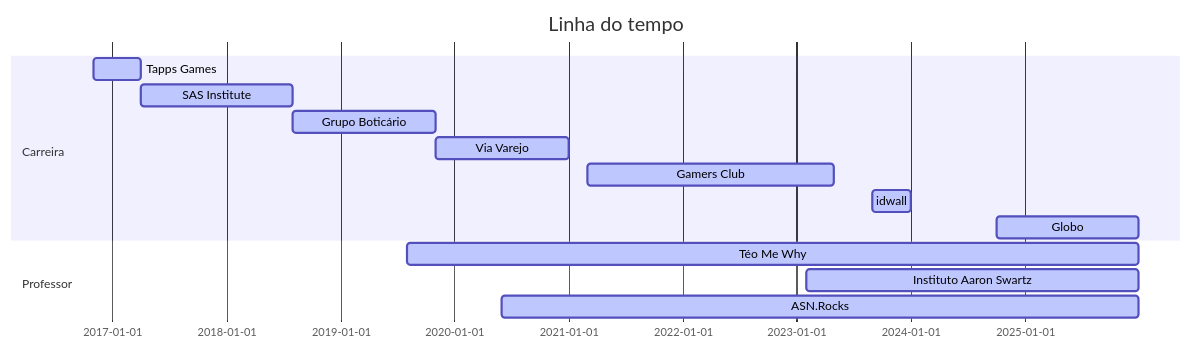
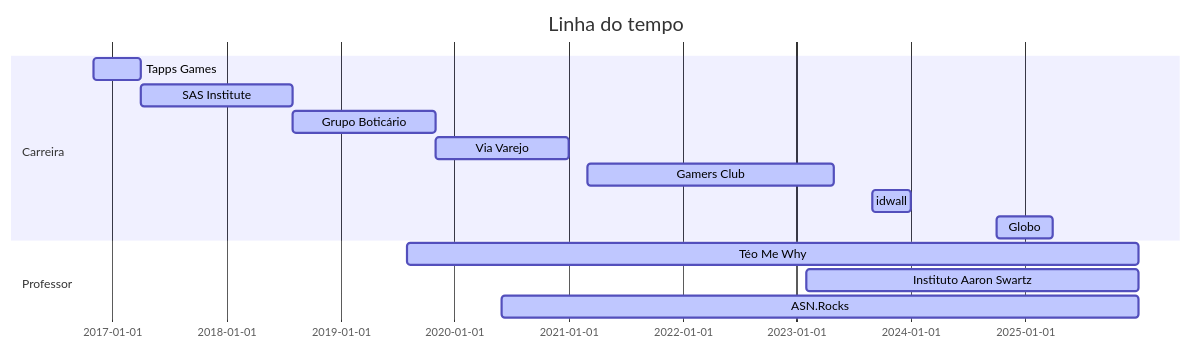
Before and after one commit to TeoCalvo/TeoCalvo: the diagram in README.md, drawn with Mermaid.

````diff
--- a/README.md
+++ b/README.md
@@ -6,20 +6,20 @@
 ```mermaid
 
 gantt
 dateFormat  YYYY-MM-DD
 title Linha do tempo
 
 section Carreira
 Tapps Games           :active,, 2016-11-01,2017-04-01
 SAS Institute         :active,, 2017-04-01,2018-08-01
 Grupo Boticário       :active,, 2018-08-01,2019-11-01
 Via Varejo            :active,, 2019-11-01,2021-01-01
 Gamers Club           :active,, 2021-03-01,2023-05-01
 idwall                :active,, 2023-09-01,2023-12-31
-Globo                 :active,, 2024-10-01,2025-12-31
+Globo                 :active,, 2024-10-01,2025-04-01
 
 section Professor
 Téo Me Why             :active,, 2019-08-01,2025-12-31
 Instituto Aaron Swartz :active,, 2023-02-01,2025-12-31
 ASN.Rocks              :active,, 2020-06-01,2025-12-31
 ```
````
